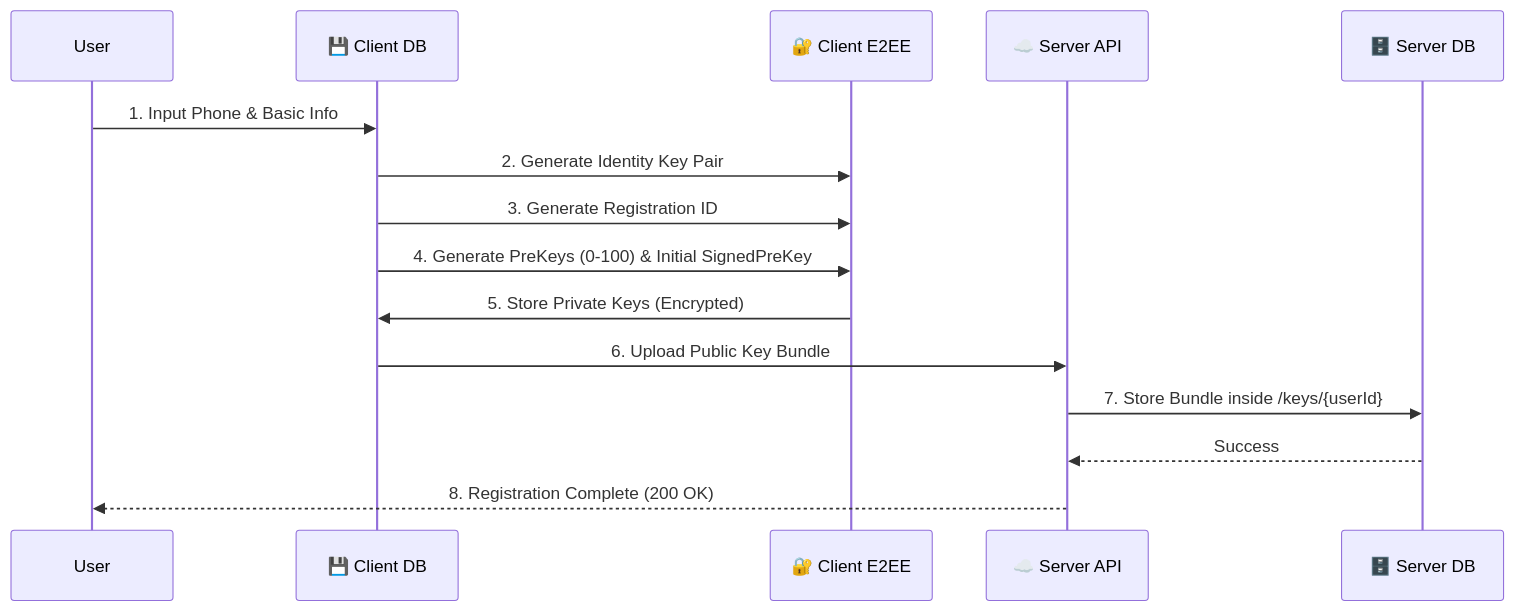
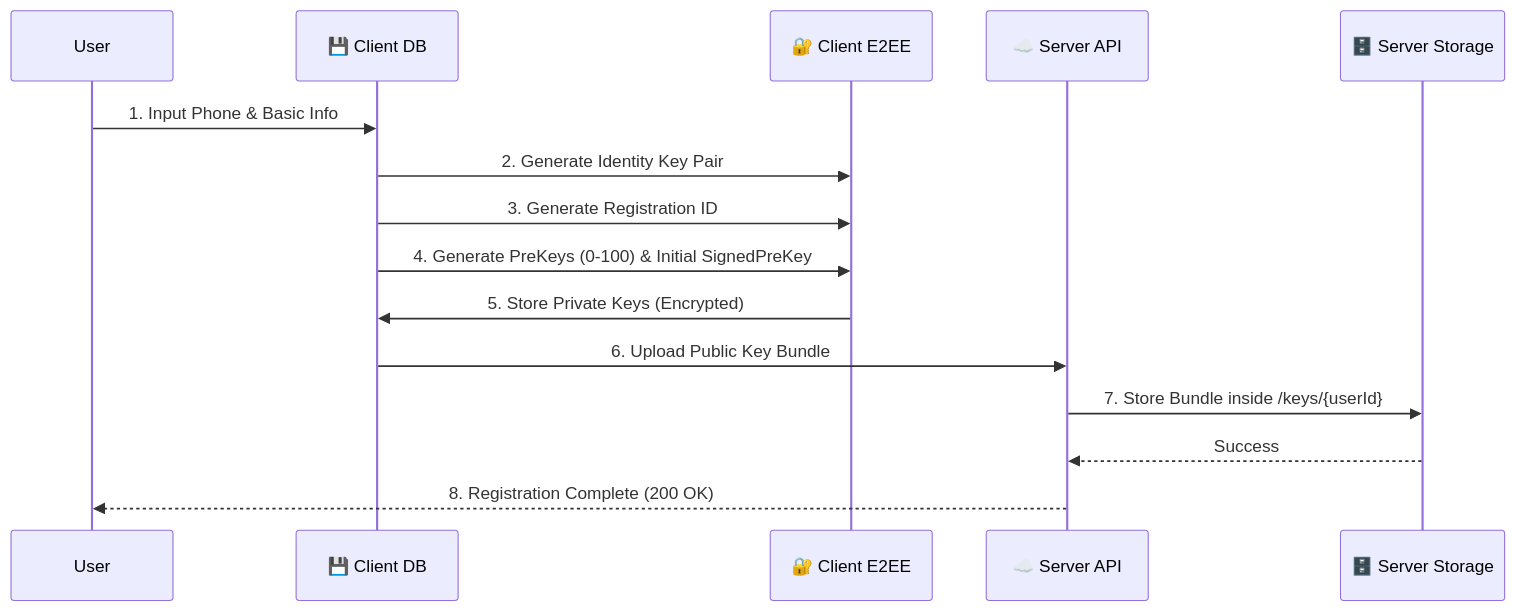
Before and after one commit to sameerctinfotech/temp-share: the first of 18 diagrams in use_case.md, drawn with Mermaid. The commit also changed other lines of this file, not shown here.

````diff
--- a/use_case.md
+++ b/use_case.md
@@ -18,20 +18,20 @@
 ```mermaid
 sequenceDiagram
     participant User
     participant CDB as 💾 Client DB
     participant E2EE as 🔐 Client E2EE
     participant Server as ☁️ Server API
-    participant SDB as 🗄️ Server DB
+    participant SS as 🗄️ Server Storage
 
     User->>CDB: 1. Input Phone & Basic Info
     CDB->>E2EE: 2. Generate Identity Key Pair
     CDB->>E2EE: 3. Generate Registration ID
     CDB->>E2EE: 4. Generate PreKeys (0-100) & Initial SignedPreKey
     
     E2EE->>CDB: 5. Store Private Keys (Encrypted)
     
     CDB->>Server: 6. Upload Public Key Bundle
-    Server->>SDB: 7. Store Bundle inside /keys/{userId}
-    SDB-->>Server: Success
+    Server->>SS: 7. Store Bundle inside /keys/{userId}
+    SS-->>Server: Success
     Server-->>User: 8. Registration Complete (200 OK)
 ```
````
